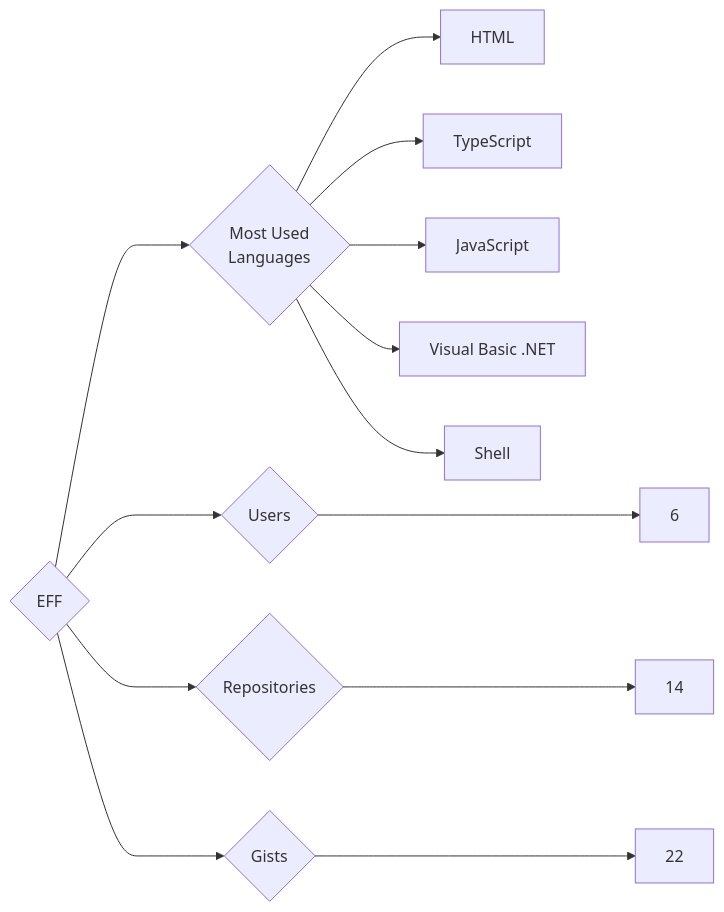
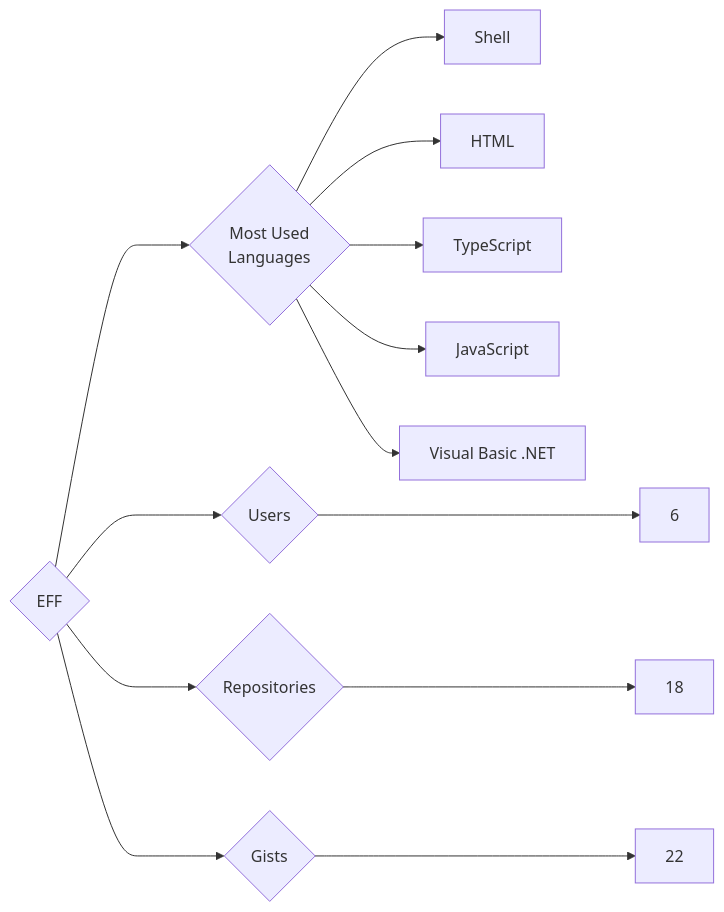
The diagram in targets/EFF/README.md (trickest/insiders), drawn with Mermaid before and after one commit. The commit also changed 845 other files, not shown here.

````diff
--- a/targets/EFF/README.md
+++ b/targets/EFF/README.md
@@ -3,13 +3,13 @@
 ```mermaid
 graph LR
 COMPANY_NAME{EFF}
 COMPANY_NAME ---> U{Users} ---> UN[6]
-COMPANY_NAME ---> R{Repositories} ---> RN[14]
+COMPANY_NAME ---> R{Repositories} ---> RN[18]
 COMPANY_NAME ---> G{Gists} ---> GN[22]
 COMPANY_NAME ---> ML{Most Used<br>Languages}
+ML --> Shell[Shell]
 ML --> HTML[HTML]
 ML --> TypeScript[TypeScript]
 ML --> JavaScript[JavaScript]
 ML --> Visual_Basic_.NET[Visual Basic .NET]
-ML --> Shell[Shell]
 ```
````
